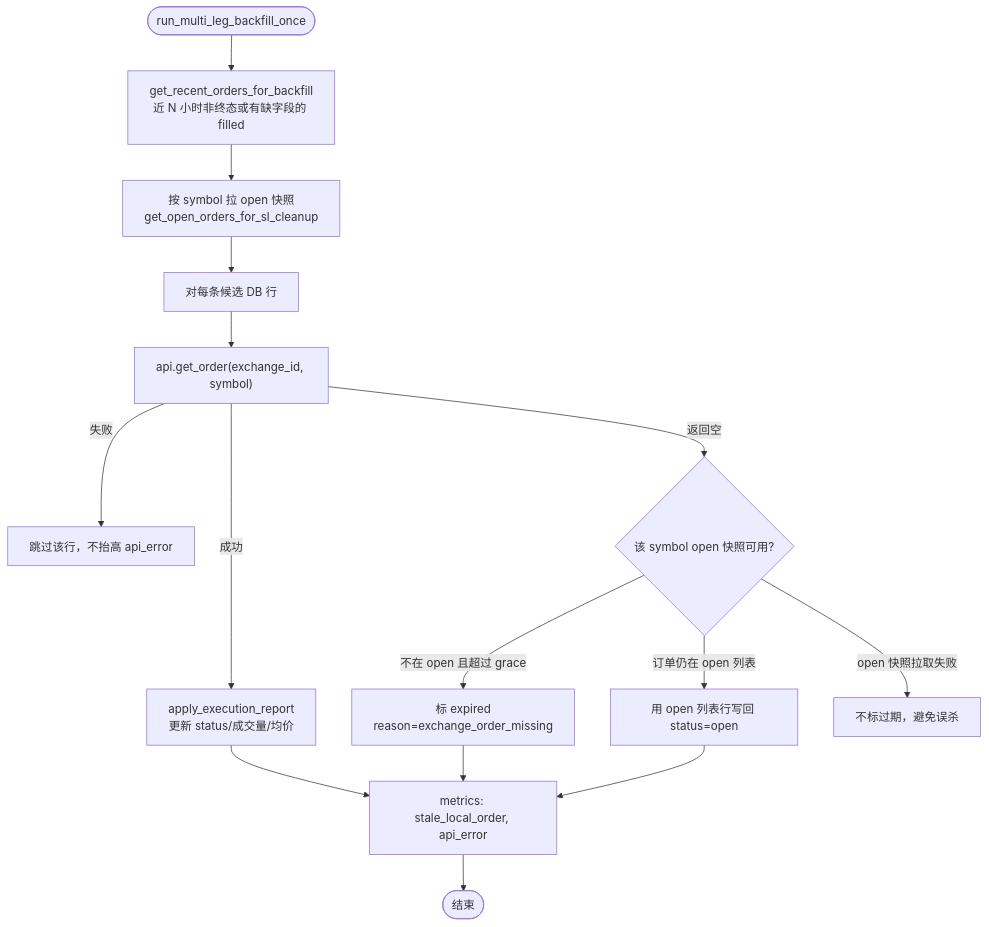
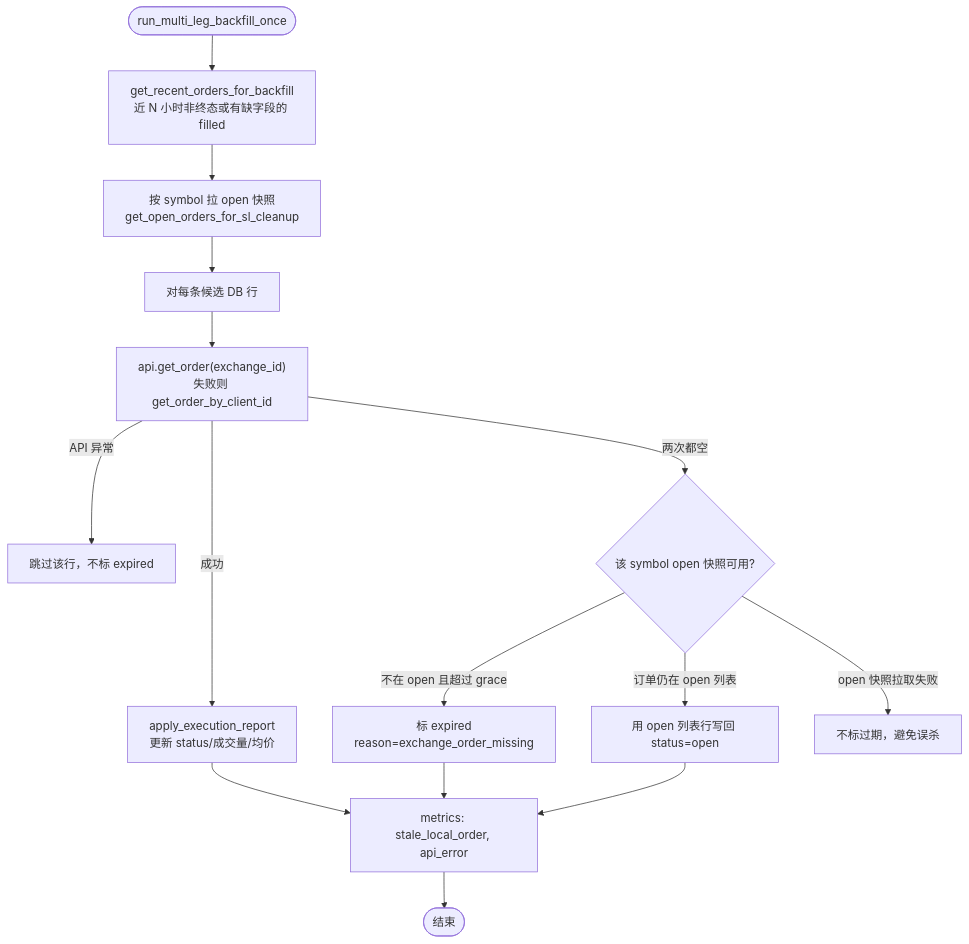
One commit to SnYang096/ml-trading-bot changed the fifth of 6 diagrams in docs/deployment/HEDGE_RECONCILIATION_CN.md. Above: the diagram before and after it, drawn with Mermaid. The commit also changed other lines of this file and 6 other files, not shown here.

````diff
--- a/docs/deployment/HEDGE_RECONCILIATION_CN.md
+++ b/docs/deployment/HEDGE_RECONCILIATION_CN.md
@@ -204,21 +204,21 @@
 ```mermaid
 flowchart TD
     Start([run_multi_leg_backfill_once]) --> Cand["get_recent_orders_for_backfill<br/>近 N 小时非终态或有缺字段的 filled"]
     Cand --> BySym["按 symbol 拉 open 快照<br/>get_open_orders_for_sl_cleanup"]
 
     BySym --> Loop["对每条候选 DB 行"]
-    Loop --> GetOrder["api.get_order(exchange_id, symbol)"]
+    Loop --> GetOrder["api.get_order(exchange_id)<br/>失败则 get_order_by_client_id"]
 
     GetOrder -->|成功| Apply["apply_execution_report<br/>更新 status/成交量/均价"]
-    GetOrder -->|失败| SkipRow["跳过该行，不抬高 api_error"]
+    GetOrder -->|API 异常| SkipRow["跳过该行，不标 expired"]
 
-    GetOrder -->|返回空| OpenSnap{"该 symbol open 快照可用?"}
+    GetOrder -->|两次都空| OpenSnap{"该 symbol open 快照可用?"}
     OpenSnap -->|订单仍在 open 列表| RepairOpen["用 open 列表行写回 status=open"]
     OpenSnap -->|不在 open 且超过 grace| MarkExpired["标 expired<br/>reason=exchange_order_missing"]
     OpenSnap -->|open 快照拉取失败| SkipStale["不标过期，避免误杀"]
 
     Apply --> MetricsB["metrics: stale_local_order, api_error"]
     MarkExpired --> MetricsB
     RepairOpen --> MetricsB
     MetricsB --> End([结束])
 ```
````
